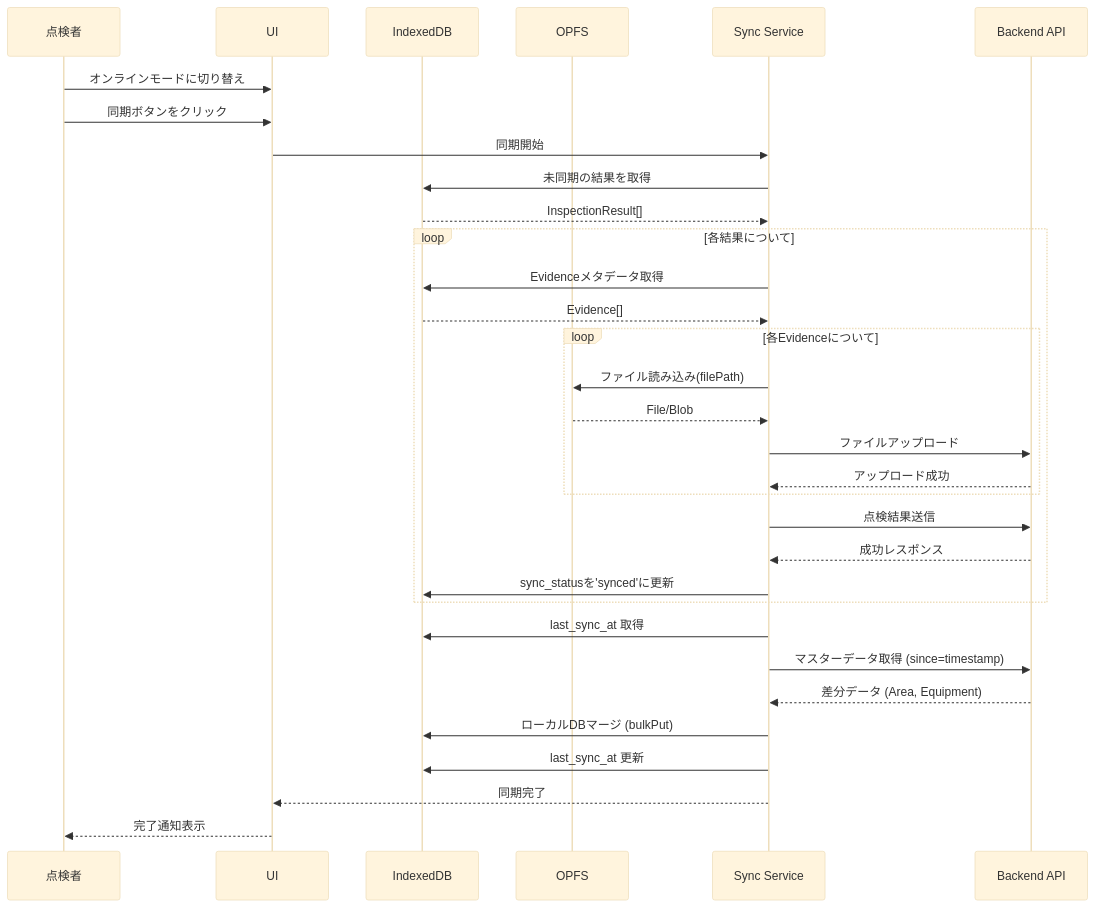
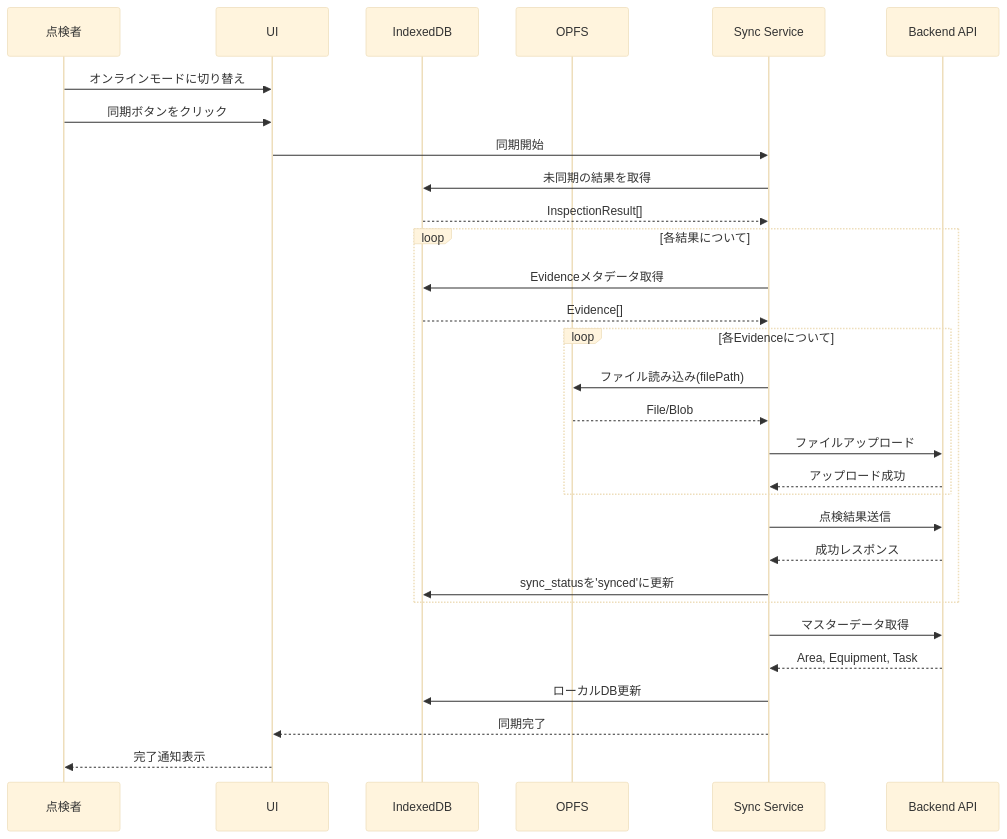
One commit to funayamateppei/local_bridge changed the third of 3 diagrams in README.md. Above: the diagram before and after it, drawn with Mermaid (base theme). The commit also changed 4 other files, not shown here.

````diff
--- a/README.md
+++ b/README.md
@@ -209,42 +209,40 @@
 ```mermaid
 sequenceDiagram
     participant User as 点検者
     participant UI
     participant LocalDB as IndexedDB
     participant OPFS
     participant Sync as Sync Service
     participant API as Backend API
 
     User->>UI: オンラインモードに切り替え
     User->>UI: 同期ボタンをクリック
 
     UI->>Sync: 同期開始
 
     Sync->>LocalDB: 未同期の結果を取得
     LocalDB-->>Sync: InspectionResult[]
 
     loop 各結果について
         Sync->>LocalDB: Evidenceメタデータ取得
         LocalDB-->>Sync: Evidence[]
 
         loop 各Evidenceについて
             Sync->>OPFS: ファイル読み込み(filePath)
             OPFS-->>Sync: File/Blob
             Sync->>API: ファイルアップロード
             API-->>Sync: アップロード成功
         end
 
         Sync->>API: 点検結果送信
         API-->>Sync: 成功レスポンス
         Sync->>LocalDB: sync_statusを'synced'に更新
     end
 
-    Sync->>LocalDB: last_sync_at 取得
-    Sync->>API: マスターデータ取得 (since=timestamp)
-    API-->>Sync: 差分データ (Area, Equipment)
-    Sync->>LocalDB: ローカルDBマージ (bulkPut)
-    Sync->>LocalDB: last_sync_at 更新
+    Sync->>API: マスターデータ取得
+    API-->>Sync: Area, Equipment, Task
+    Sync->>LocalDB: ローカルDB更新
 
     Sync-->>UI: 同期完了
     UI-->>User: 完了通知表示
 ```
````
